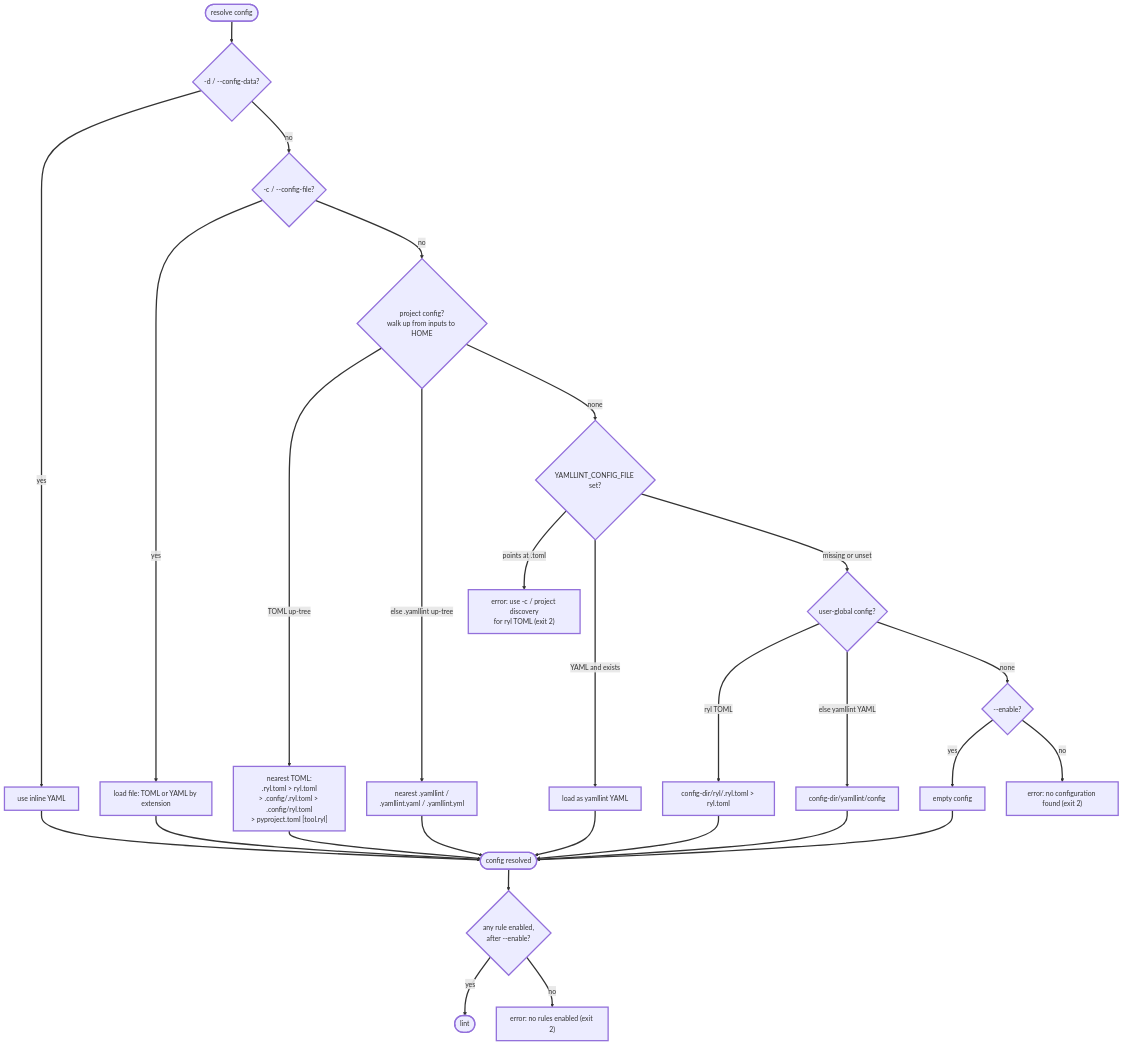
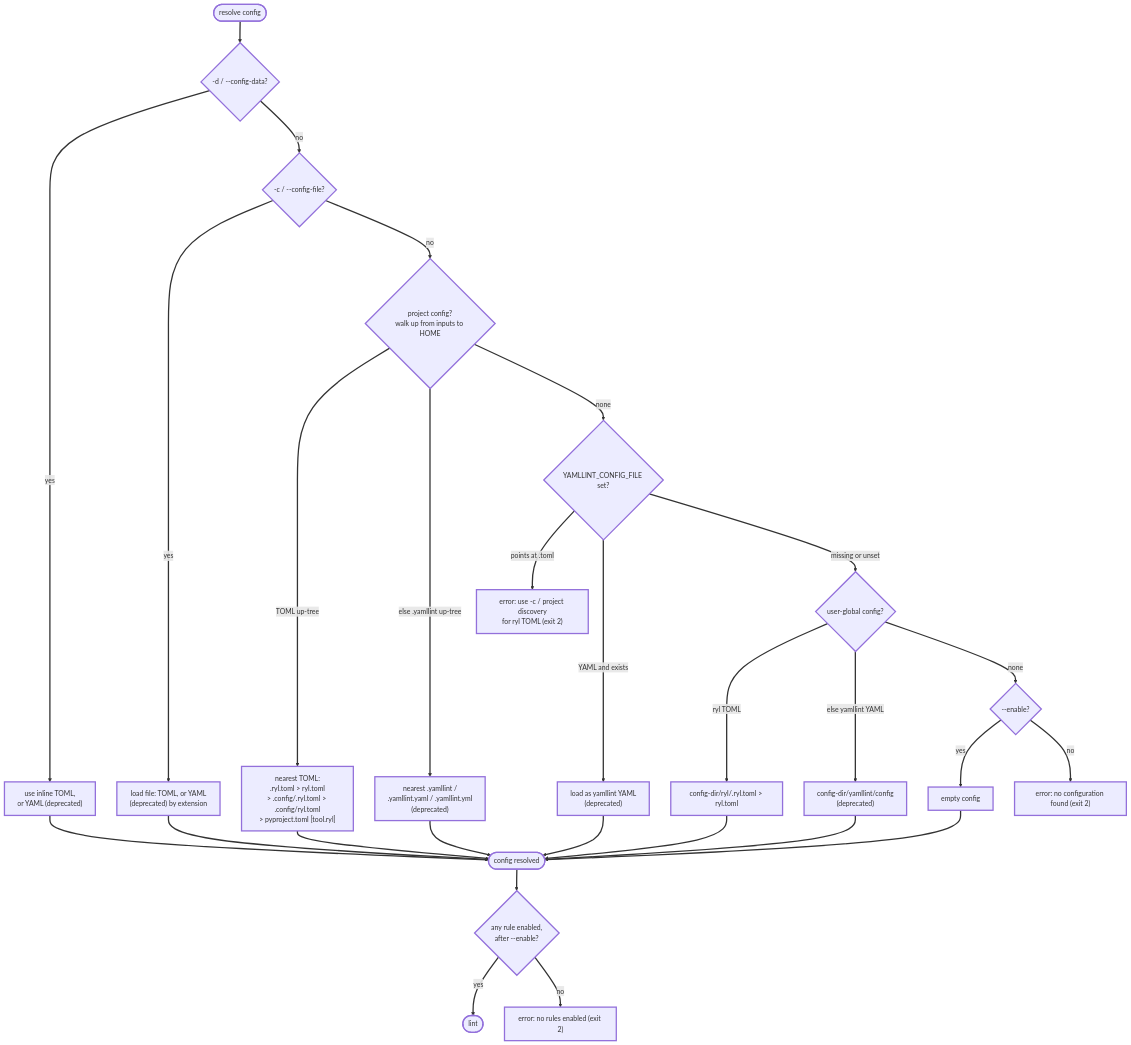
One commit to owenlamont/ryl changed the diagram in docs/getting-started/quickstart.md. Above: the diagram before and after it, drawn with Mermaid. The commit also changed other lines of this file and 36 other files, not shown here.

First line of the commit message:
feat(config): warn that yamllint YAML config is deprecated

````diff
--- a/docs/getting-started/quickstart.md
+++ b/docs/getting-started/quickstart.md
@@ -285,24 +284,24 @@
 ```mermaid
 flowchart TD
     Start([resolve config]) --> D{"-d / --config-data?"}
-    D -->|yes| UseInline["use inline YAML"] --> Done([config resolved])
+    D -->|yes| UseInline["use inline TOML,<br/>or YAML (deprecated)"] --> Done([config resolved])
     D -->|no| C{"-c / --config-file?"}
-    C -->|yes| UseFile["load file: TOML or YAML by extension"] --> Done
+    C -->|yes| UseFile["load file: TOML, or YAML<br/>(deprecated) by extension"] --> Done
     C -->|no| P{"project config?<br/>walk up from inputs to HOME"}
     P -->|"TOML up-tree"| UseProjToml["nearest TOML:<br/>.ryl.toml &gt; ryl.toml<br/>&gt; .config/.ryl.toml &gt; .config/ryl.toml<br/>&gt; pyproject.toml [tool.ryl]"] --> Done
-    P -->|"else .yamllint up-tree"| UseProjYaml["nearest .yamllint /<br/>.yamllint.yaml / .yamllint.yml"] --> Done
+    P -->|"else .yamllint up-tree"| UseProjYaml["nearest .yamllint /<br/>.yamllint.yaml / .yamllint.yml<br/>(deprecated)"] --> Done
     P -->|none| E{"YAMLLINT_CONFIG_FILE set?"}
     E -->|"points at .toml"| Err1["error: use -c / project discovery<br/>for ryl TOML (exit 2)"]
-    E -->|"YAML and exists"| UseEnv["load as yamllint YAML"] --> Done
+    E -->|"YAML and exists"| UseEnv["load as yamllint YAML<br/>(deprecated)"] --> Done
     E -->|"missing or unset"| G{"user-global config?"}
     G -->|"ryl TOML"| UseRyl["config-dir/ryl/.ryl.toml &gt; ryl.toml"] --> Done
-    G -->|"else yamllint YAML"| UseYl["config-dir/yamllint/config"] --> Done
+    G -->|"else yamllint YAML"| UseYl["config-dir/yamllint/config<br/>(deprecated)"] --> Done
     G -->|none| N{"--enable?"}
     N -->|yes| UseEmpty["empty config"] --> Done
     N -->|no| Err2["error: no configuration found (exit 2)"]
     Done --> R{"any rule enabled,<br/>after --enable?"}
     R -->|yes| OK([lint])
     R -->|no| Err3["error: no rules enabled (exit 2)"]
     classDef default stroke-width:3px;
     linkStyle default stroke-width:3px;
 ```
````
